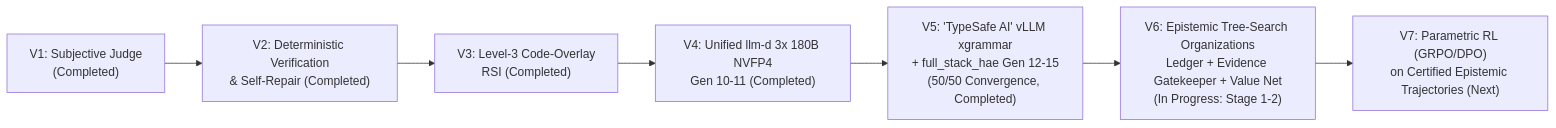
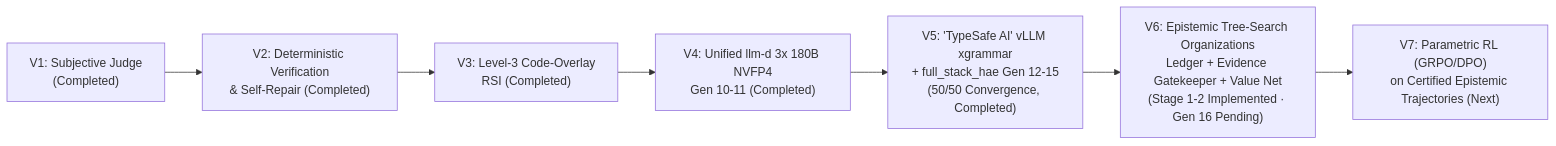
One commit to SinaChavoshi/hierarchical-agent-evolution changed the diagram in README.md. Above: the diagram before and after it, drawn with Mermaid. The commit also changed other lines of this file and 23 other files, not shown here.

````diff
--- a/README.md
+++ b/README.md
@@ -74,9 +74,9 @@
 ```mermaid
 flowchart LR
     V1["V1: Subjective Judge<br/>(Completed)"] --> V2["V2: Deterministic Verification<br/>& Self-Repair (Completed)"]
     V2 --> V3["V3: Level-3 Code-Overlay<br/>RSI (Completed)"]
     V3 --> V4["V4: Unified llm-d 3x 180B NVFP4<br/>Gen 10-11 (Completed)"]
     V4 --> V5["V5: 'TypeSafe AI' vLLM xgrammar<br/>+ full_stack_hae Gen 12-15<br/>(50/50 Convergence, Completed)"]
-    V5 --> V6["V6: Epistemic Tree-Search Organizations<br/>Ledger + Evidence Gatekeeper + Value Net<br/>(In Progress: Stage 1-2)"]
+    V5 --> V6["V6: Epistemic Tree-Search Organizations<br/>Ledger + Evidence Gatekeeper + Value Net<br/>(Stage 1-2 Implemented · Gen 16 Pending)"]
     V6 --> V7["V7: Parametric RL (GRPO/DPO)<br/>on Certified Epistemic Trajectories (Next)"]
 ```
````
